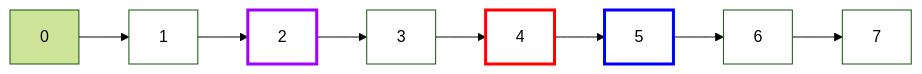
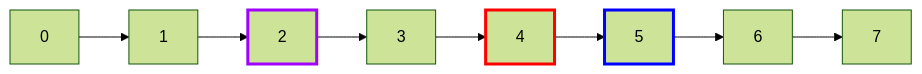
Before and after one commit to west7/EDA2: the second of 9 diagrams in docs/apostila/FiladePrioridades.md, drawn with Mermaid (forest theme). The commit also changed other lines of this file and 15 other files, not shown here.

````diff
--- a/docs/apostila/FiladePrioridades.md
+++ b/docs/apostila/FiladePrioridades.md
@@ -28,19 +28,18 @@
 ```mermaid
     graph LR;
     A[0] --> B[1]
     B --> C[2]
     C --> D[3]
     D --> E[4]
     E --> F[5]
     F --> G[6]
     G --> H[7]
 
 
     style C stroke-width:3px, stroke: #9F00FF
     style E stroke-width:3px, stroke: #FF0000 
     style F stroke-width:3px, stroke: #0000FF
     
 
     classDef myNodeStyle fill:#fff;
-    class C,B,D,E,F,G,H myNodeStyle;
 ```
````
